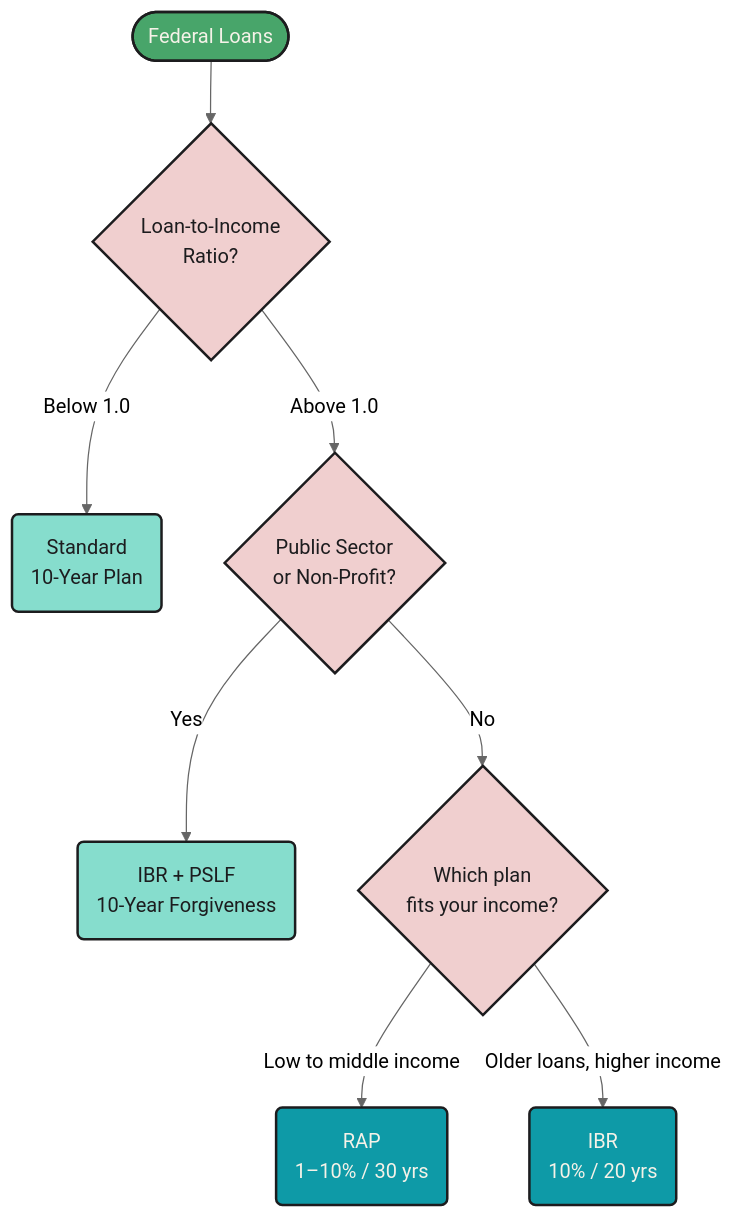
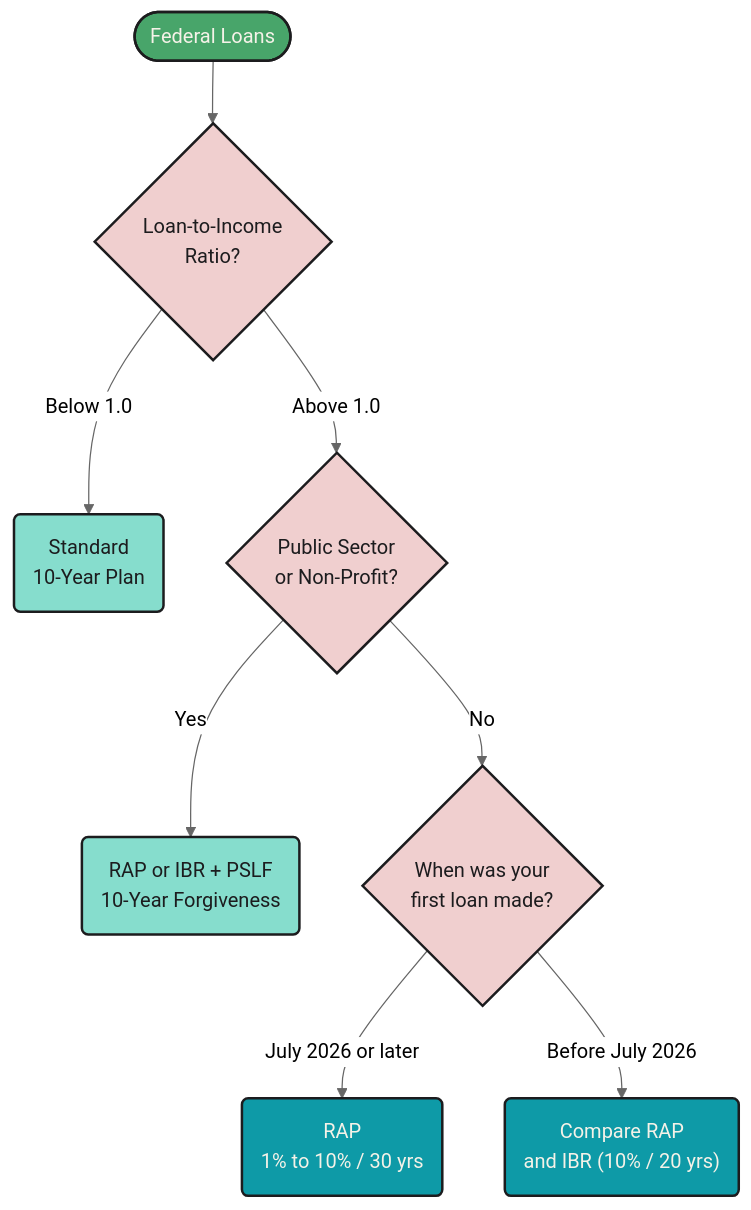
Before and after one commit to mjfrigaard/fm-finance: the fourth of 7 diagrams in managing_debt.qmd, drawn with Mermaid. The commit also changed other lines of this file and 22 other files, not shown here.

````diff
--- a/managing_debt.qmd
+++ b/managing_debt.qmd
@@ -224,22 +225,22 @@
 ```{mermaid}
 %%| fig-cap: 'Choosing an IDR Plan'
 %%| fig-align: center
 %%{init: {'theme': 'neutral', 'themeVariables': { 'fontFamily': 'monospace', "darkMode":false, "fontSize":"16px"}}}%%
 
 flowchart TD
     FedLoans(["Federal Loans"]) --> LICheck{"Loan-to-Income<br>Ratio?"}
     LICheck -->|"Below 1.0"| StdPlan("Standard<br>10-Year Plan")
     LICheck -->|"Above 1.0"| PubSvc{"Public Sector<br>or Non-Profit?"}
-    PubSvc -->|"Yes"| PSLFTrack("IBR + PSLF<br>10-Year Forgiveness")
-    PubSvc -->|"No"| PlanAvail{"Which plan<br>fits your income?"}
-    PlanAvail -->|"Low to middle income"| RAPOpt("RAP<br>1–10% / 30 yrs")
-    PlanAvail -->|"Older loans, higher income"| IBROpt("IBR<br>10% / 20 yrs")
+    PubSvc -->|"Yes"| PSLFTrack("RAP or IBR + PSLF<br>10-Year Forgiveness")
+    PubSvc -->|"No"| PlanAvail{"When was your<br>first loan made?"}
+    PlanAvail -->|"July 2026 or later"| RAPOpt("RAP<br>1% to 10% / 30 yrs")
+    PlanAvail -->|"Before July 2026"| IBROpt("Compare RAP<br>and IBR (10% / 20 yrs)")
     style FedLoans fill:#48a56a,color:#F5F2E8,stroke:#1C1C1E,stroke-width:2px
     style LICheck fill:#f0cfcf,color:#1C1C1E,stroke:#1C1C1E,stroke-width:2px
     style StdPlan fill:#86ddcd,color:#1C1C1E,stroke:#1C1C1E,stroke-width:2px
     style PubSvc fill:#f0cfcf,color:#1C1C1E,stroke:#1C1C1E,stroke-width:2px
     style PSLFTrack fill:#86ddcd,color:#1C1C1E,stroke:#1C1C1E,stroke-width:2px
     style PlanAvail fill:#f0cfcf,color:#1C1C1E,stroke:#1C1C1E,stroke-width:2px
     style RAPOpt fill:#0e9aa7,color:#F5F2E8,stroke:#1C1C1E,stroke-width:2px
     style IBROpt fill:#0e9aa7,color:#F5F2E8,stroke:#1C1C1E,stroke-width:2px
 ```
````
